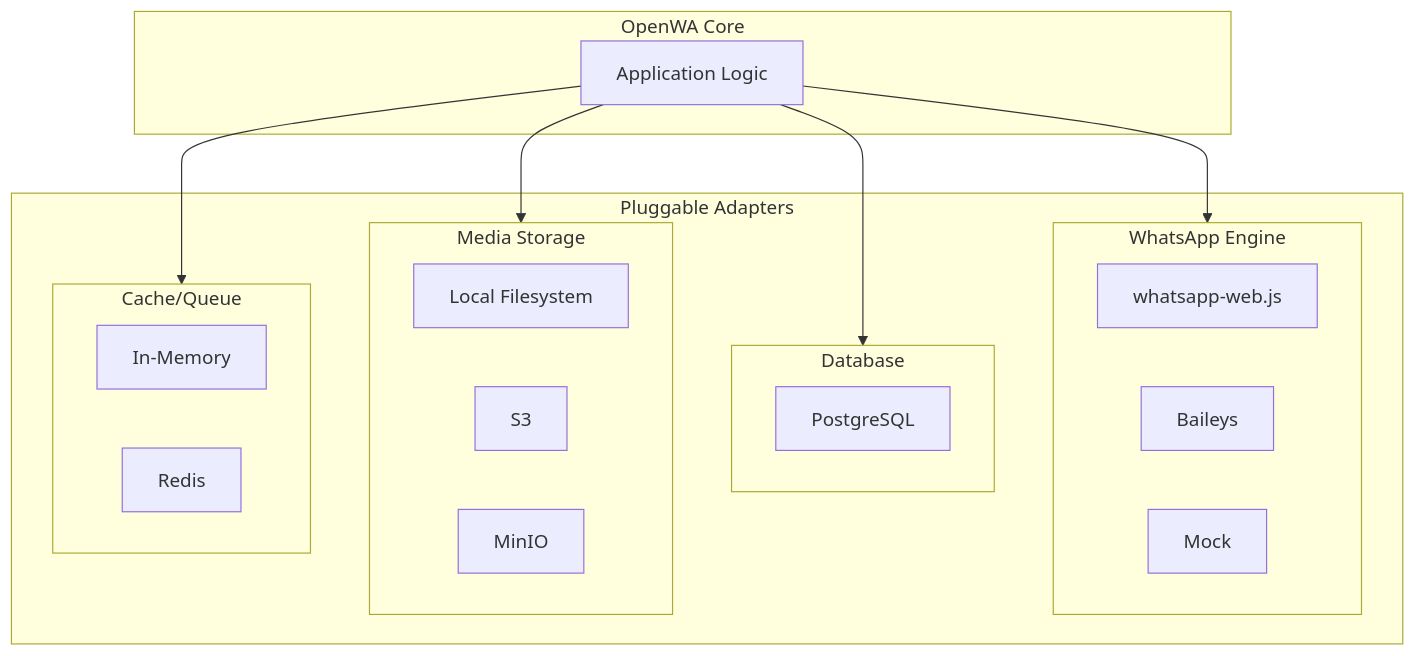
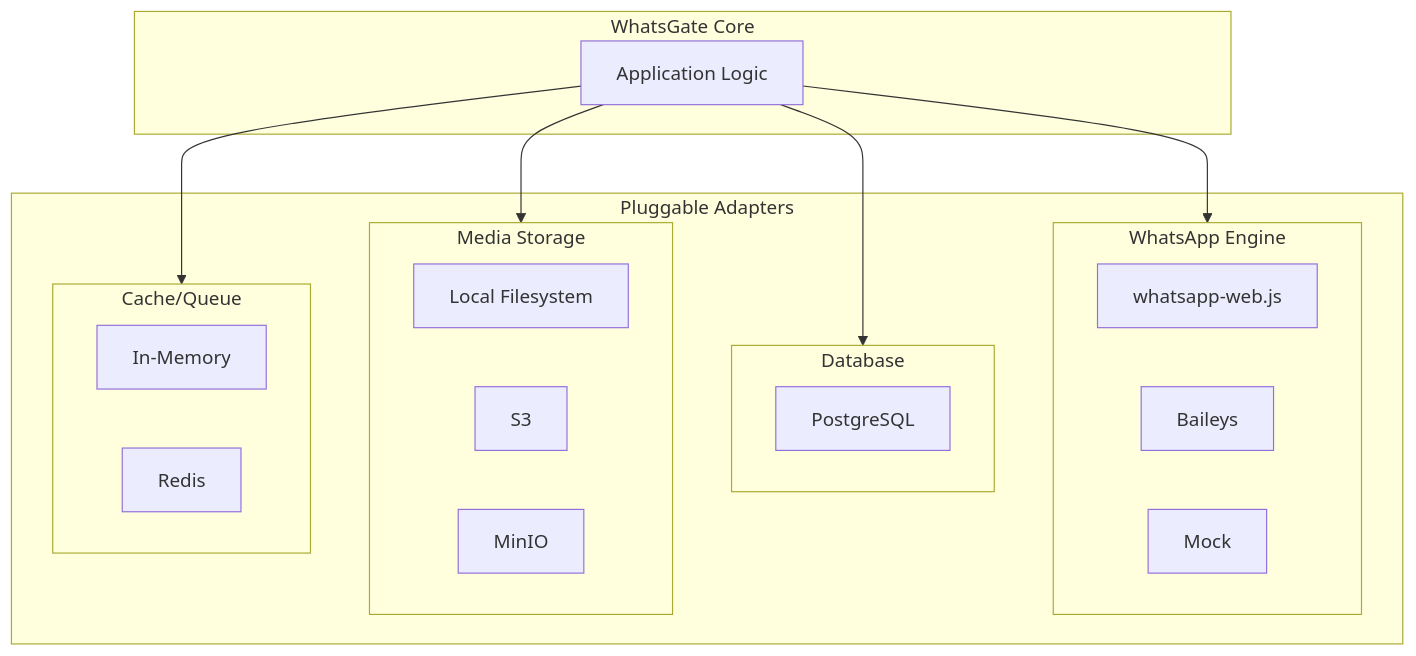
Diagram 23 of 24 in docs/03-system-architecture.md (liminal-loop/whatsgate), drawn with Mermaid before and after one commit. The commit also changed other lines of this file and 46 other files, not shown here.

Commit message:
chore: rebrand OpenWA to WhatsGate across app and docs

````diff
--- a/docs/03-system-architecture.md
+++ b/docs/03-system-architecture.md
@@ -1242,34 +1242,34 @@
 ```mermaid
 flowchart TB
-    subgraph Core["OpenWA Core"]
+    subgraph Core["WhatsGate Core"]
         APP[Application Logic]
     end
 
     subgraph Adapters["Pluggable Adapters"]
         subgraph Engine["WhatsApp Engine"]
             E1[whatsapp-web.js]
             E2[Baileys]
             E3[Mock]
         end
 
         subgraph Database["Database"]
             D2[PostgreSQL]
         end
 
         subgraph Storage["Media Storage"]
             S1[Local Filesystem]
             S2[S3]
             S3[MinIO]
         end
 
         subgraph Cache["Cache/Queue"]
             C1[In-Memory]
             C2[Redis]
         end
     end
 
     APP --> Engine
     APP --> Database
     APP --> Storage
     APP --> Cache
 ```
````
